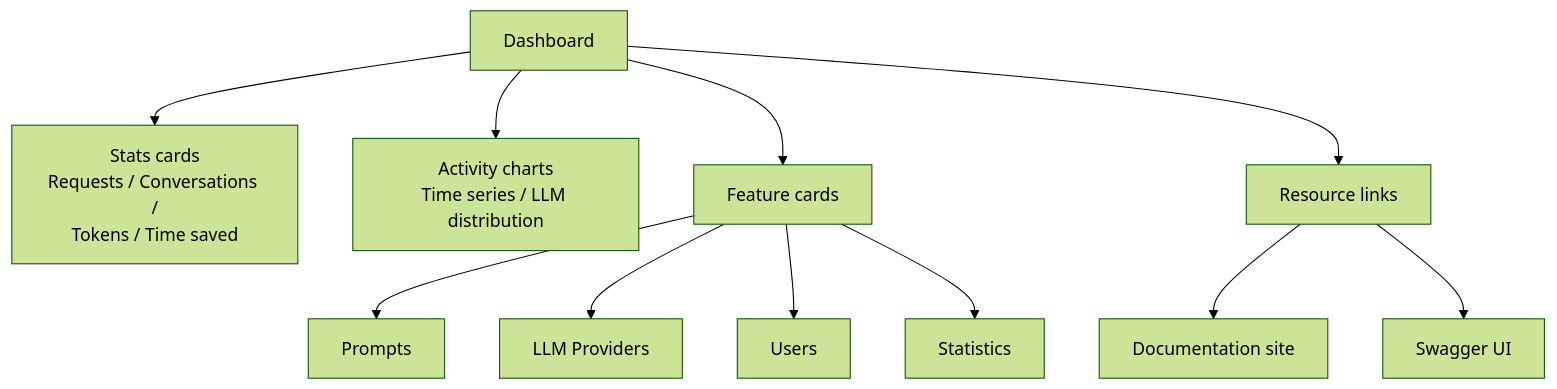
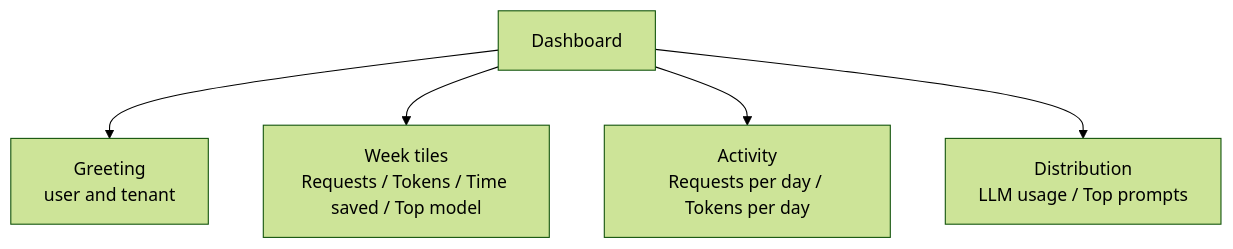
One commit to Uxopian/uxodocs changed the diagram in docs/uxopian-ai/admin/dashboard.md. Above: the diagram before and after it, drawn with Mermaid (forest theme). The commit also changed other lines of this file and 35 other files, not shown here.

````diff
--- a/docs/uxopian-ai/admin/dashboard.md
+++ b/docs/uxopian-ai/admin/dashboard.md
@@ -39,13 +39,7 @@
 ```mermaid
 graph TD
-    A[Dashboard] --> B[Stats cards<br/>Requests / Conversations /<br/>Tokens / Time saved]
-    A --> C[Activity charts<br/>Time series / LLM distribution]
-    A --> D[Feature cards]
-    D --> D1[Prompts]
-    D --> D2[LLM Providers]
-    D --> D3[Users]
-    D --> D4[Statistics]
-    A --> E[Resource links]
-    E --> E1[Documentation site]
-    E --> E2[Swagger UI]
+    A[Dashboard] --> B[Greeting<br/>user and tenant]
+    A --> C[Week tiles<br/>Requests / Tokens / Time saved / Top model]
+    A --> D[Activity<br/>Requests per day / Tokens per day]
+    A --> E[Distribution<br/>LLM usage / Top prompts]
 ```
````
